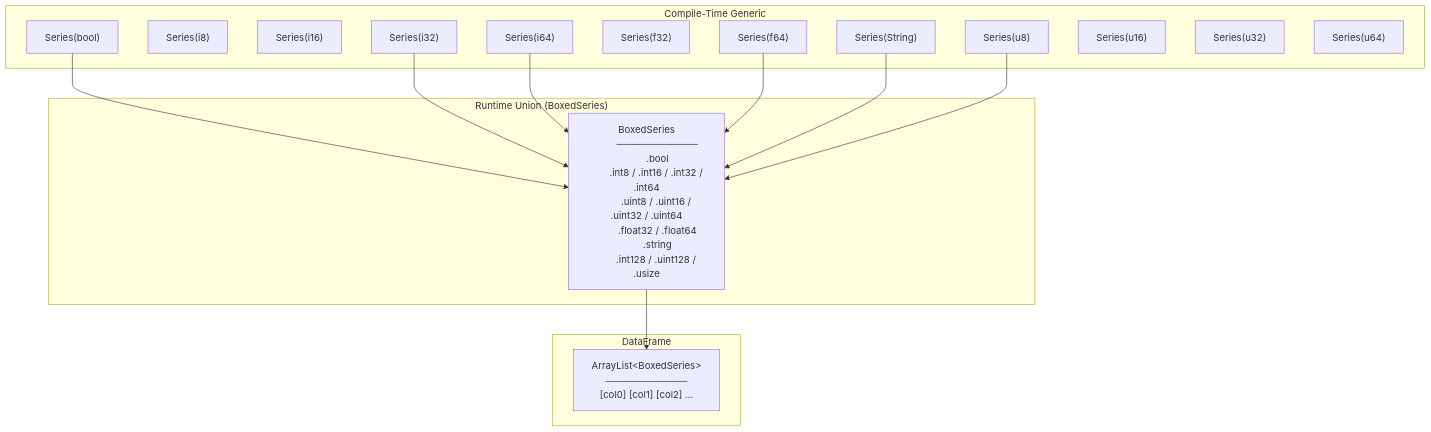
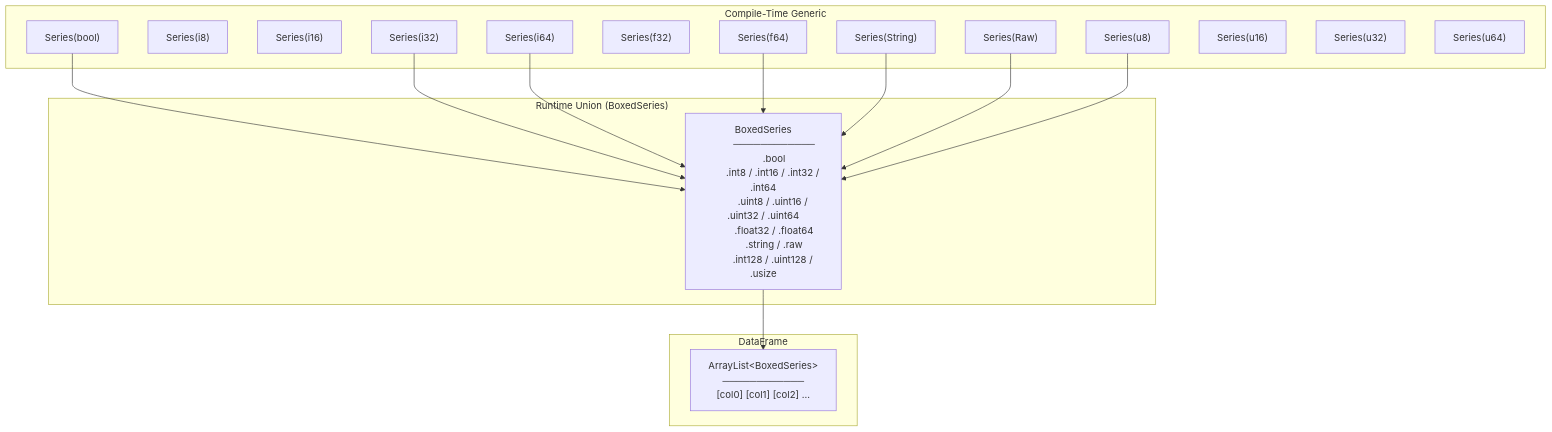
One commit to JacobHaig/teddy changed the first of 2 diagrams in docs/type-system.md. Above: the diagram before and after it, drawn with Mermaid. The commit also changed other lines of this file and 24 other files, not shown here.

First line of the commit message:
feat(parquet): logical-type infra — thrift LogicalType, Series capabilities, Raw fallback (6d-2a.0)

````diff
--- a/docs/type-system.md
+++ b/docs/type-system.md
@@ -7,42 +7,44 @@
 ```mermaid
 flowchart TB
     subgraph Generic["Compile-Time Generic"]
         S_bool["Series(bool)"]
         S_i8["Series(i8)"]
         S_i16["Series(i16)"]
         S_i32["Series(i32)"]
         S_i64["Series(i64)"]
         S_f32["Series(f32)"]
         S_f64["Series(f64)"]
         S_str["Series(String)"]
+        S_raw["Series(Raw)"]
         S_u8["Series(u8)"]
         S_u16["Series(u16)"]
         S_u32["Series(u32)"]
         S_u64["Series(u64)"]
     end
 
     subgraph Boxed["Runtime Union (BoxedSeries)"]
         BS["BoxedSeries
         ────────────
         .bool
         .int8 / .int16 / .int32 / .int64
         .uint8 / .uint16 / .uint32 / .uint64
         .float32 / .float64
-        .string
+        .string / .raw
         .int128 / .uint128 / .usize"]
     end
 
     subgraph DF["DataFrame"]
         COLS["ArrayList&lt;BoxedSeries&gt;
         ────────────
         [col0] [col1] [col2] ..."]
     end
 
     S_bool --> BS
     S_i32 --> BS
     S_i64 --> BS
     S_f64 --> BS
     S_str --> BS
+    S_raw --> BS
     S_u8 --> BS
     BS --> COLS
 ```
````
